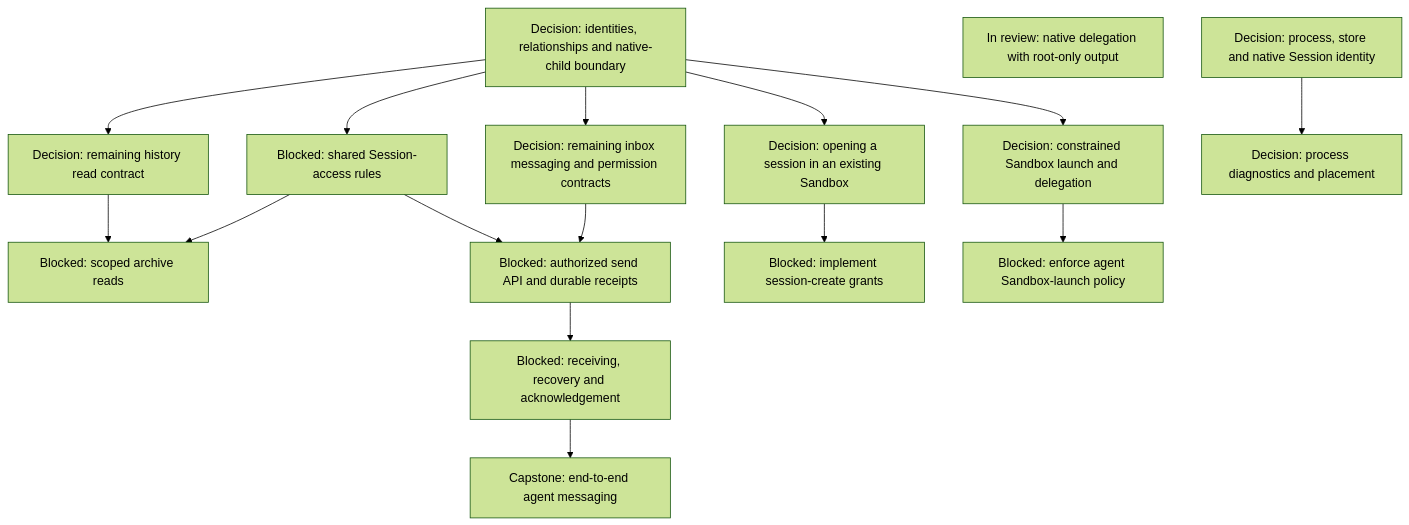
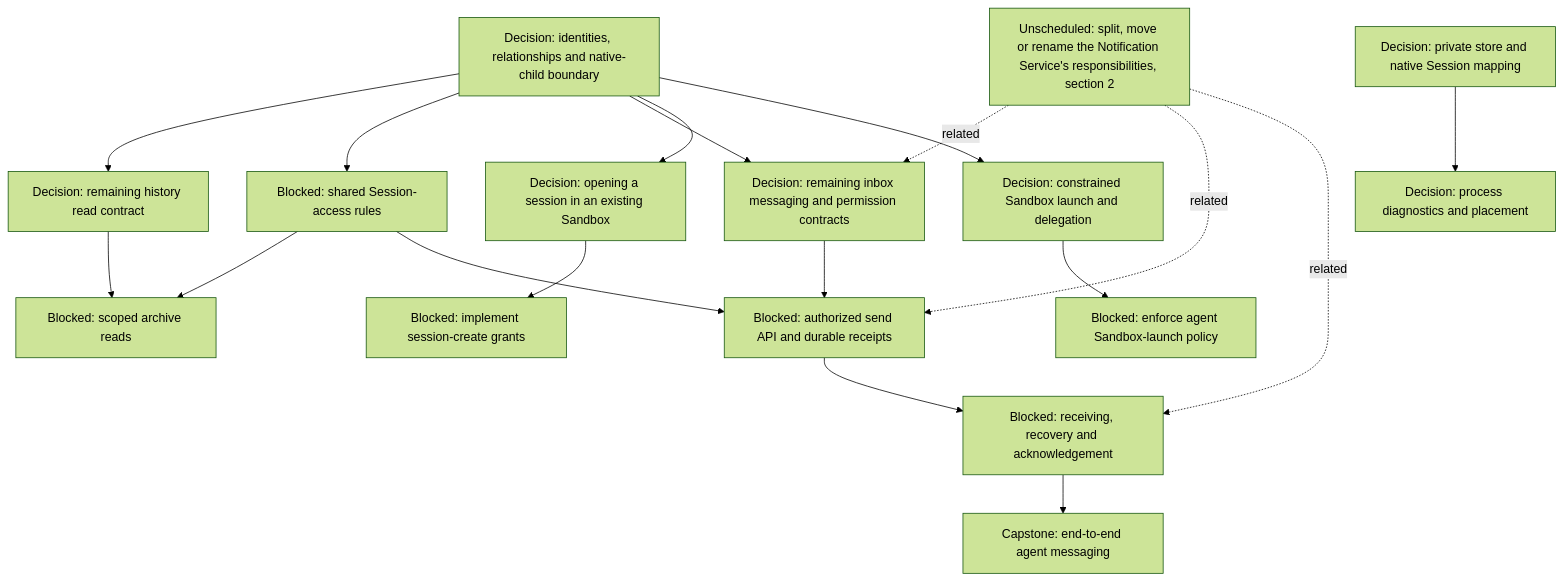
One commit to agentydragon-agent/ducktape changed the fifth of 16 diagrams in agentplane/plans/task_dag.md. Above: the diagram before and after it, drawn with Mermaid (forest theme). The commit also changed other lines of this file and 18 other files, not shown here.

First line of the commit message:
DAG: Bazel in boxes, Notification Service restructuring, command-watch subscriptions (#10437)

````diff
--- a/agentplane/plans/task_dag.md
+++ b/agentplane/plans/task_dag.md
@@ -209,32 +249,34 @@
 ```mermaid
 flowchart TD
     MULTIAGENT_MODEL[Decision: identities, relationships and native-child boundary]
     SESSION_ACCESS_RULES[Blocked: shared Session-access rules]
     THREAD_READ_POLICY_DESIGN[Decision: remaining history read contract]
     THREAD_READ_POLICY[Blocked: scoped archive reads]
     AGENT_MESSAGING_DESIGN[Decision: remaining inbox messaging and permission contracts]
     AGENT_MESSAGE_INGRESS[Blocked: authorized send API and durable receipts]
     AGENT_MESSAGE_RECEPTION[Blocked: receiving, recovery and acknowledgement]
     AGENT_MESSAGING[Capstone: end-to-end agent messaging]
     THREAD_CREATE_POLICY[Decision: opening a session in an existing Sandbox]
     THREAD_CREATE_AUTHORIZATION[Blocked: implement session-create grants]
     AGENT_LAUNCH_POLICY_DESIGN[Decision: constrained Sandbox launch and delegation]
     AGENT_SANDBOX_LAUNCH[Blocked: enforce agent Sandbox-launch policy]
     MULTIAGENT_MODEL --> THREAD_READ_POLICY_DESIGN
     MULTIAGENT_MODEL --> SESSION_ACCESS_RULES
     MULTIAGENT_MODEL --> AGENT_MESSAGING_DESIGN
     MULTIAGENT_MODEL --> THREAD_CREATE_POLICY
     MULTIAGENT_MODEL --> AGENT_LAUNCH_POLICY_DESIGN
     THREAD_READ_POLICY_DESIGN --> THREAD_READ_POLICY
     SESSION_ACCESS_RULES --> THREAD_READ_POLICY
     SESSION_ACCESS_RULES --> AGENT_MESSAGE_INGRESS
     AGENT_MESSAGING_DESIGN --> AGENT_MESSAGE_INGRESS
     AGENT_MESSAGE_INGRESS --> AGENT_MESSAGE_RECEPTION
+    NOTIFICATION_SERVICE_SPLIT[Unscheduled: split, move or rename the Notification Service's responsibilities, section 2] -. related .-> AGENT_MESSAGING_DESIGN
+    NOTIFICATION_SERVICE_SPLIT -. related .-> AGENT_MESSAGE_INGRESS
+    NOTIFICATION_SERVICE_SPLIT -. related .-> AGENT_MESSAGE_RECEPTION
     AGENT_MESSAGE_RECEPTION --> AGENT_MESSAGING
     THREAD_CREATE_POLICY --> THREAD_CREATE_AUTHORIZATION
     AGENT_LAUNCH_POLICY_DESIGN --> AGENT_SANDBOX_LAUNCH
-    NATIVE_SUBAGENT_ENABLE[In review: native delegation with root-only output]
     RUNNER_HARNESS_OBJECTS_DESIGN[Decision: process diagnostics and placement]
-    HARNESS_IDENTITY_DESIGN[Decision: process, store and native Session identity]
+    HARNESS_IDENTITY_DESIGN[Decision: private store and native Session mapping]
     HARNESS_IDENTITY_DESIGN --> RUNNER_HARNESS_OBJECTS_DESIGN
 ```
````
